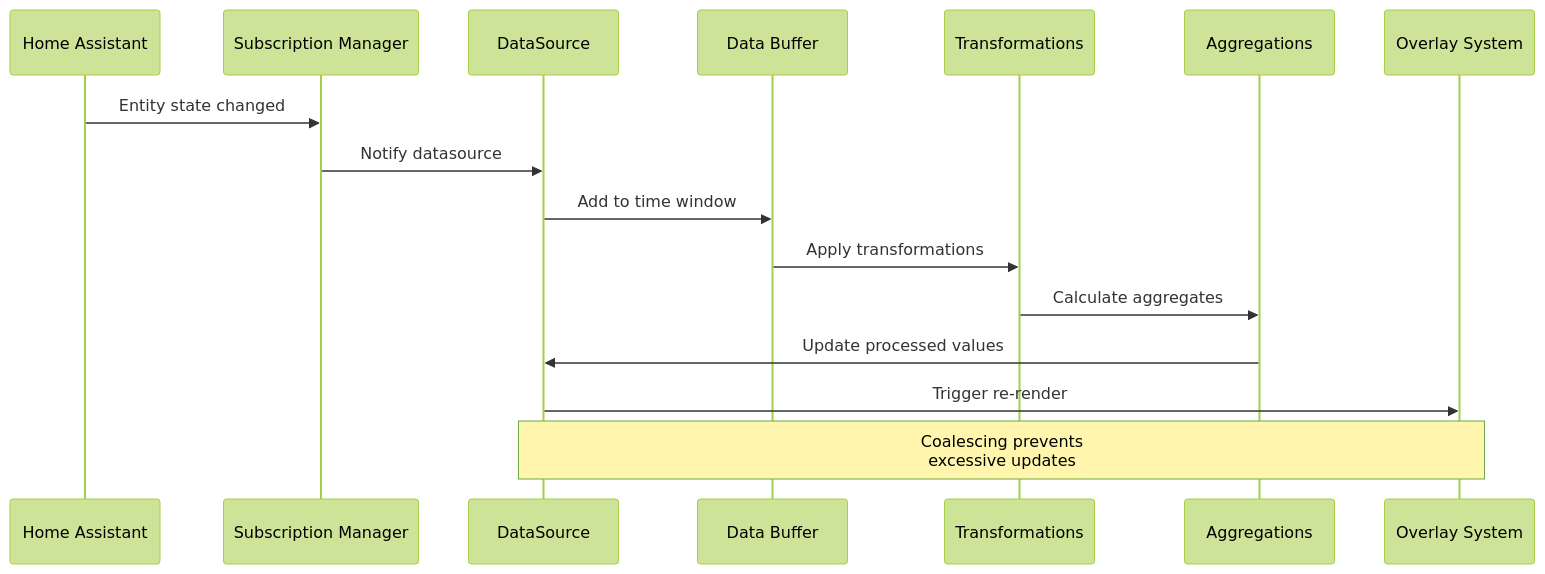
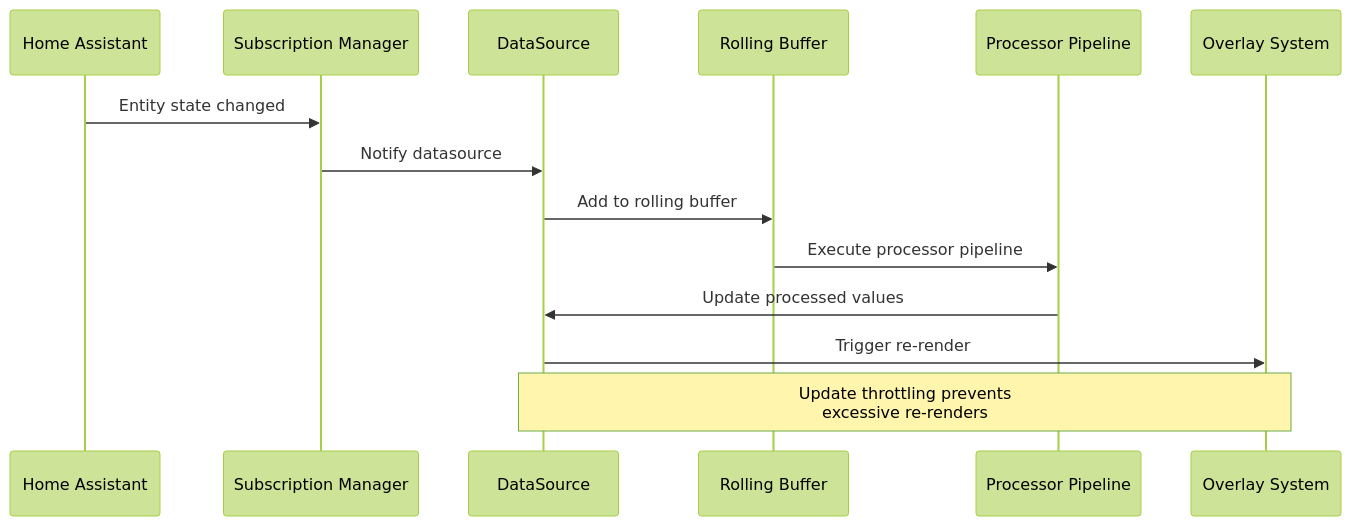
The third of 8 diagrams in doc/architecture/subsystems/datasource-system.md (solhuebner/lcards), drawn with Mermaid (forest theme) before and after one commit. The commit also changed other lines of this file and 61 other files, not shown here.

Commit message:
Remove outdated documentation for data source transformations, unit conversions, and pack explorer references

````diff
--- a/doc/architecture/subsystems/datasource-system.md
+++ b/doc/architecture/subsystems/datasource-system.md
@@ -206,20 +211,18 @@
 ```mermaid
 sequenceDiagram
     participant HA as Home Assistant
     participant Sub as Subscription Manager
     participant DS as DataSource
-    participant Buffer as Data Buffer
-    participant Trans as Transformations
-    participant Agg as Aggregations
+    participant Buffer as Rolling Buffer
+    participant Proc as Processor Pipeline
     participant Overlay as Overlay System
 
     HA->>Sub: Entity state changed
     Sub->>DS: Notify datasource
-    DS->>Buffer: Add to time window
-    Buffer->>Trans: Apply transformations
-    Trans->>Agg: Calculate aggregates
-    Agg->>DS: Update processed values
+    DS->>Buffer: Add to rolling buffer
+    Buffer->>Proc: Execute processor pipeline
+    Proc->>DS: Update processed values
     DS->>Overlay: Trigger re-render
 
-    Note over DS,Overlay: Coalescing prevents<br/>excessive updates
+    Note over DS,Overlay: Update throttling prevents<br/>excessive re-renders
 ```
````
